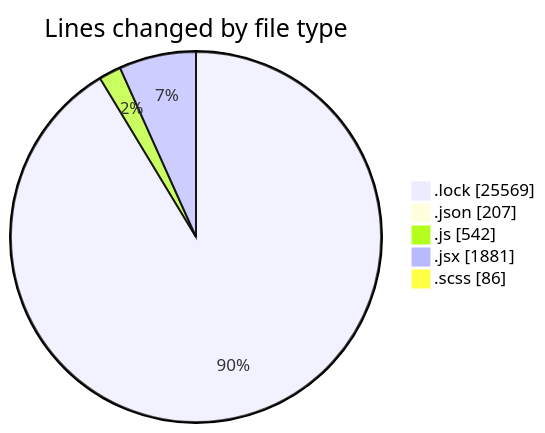
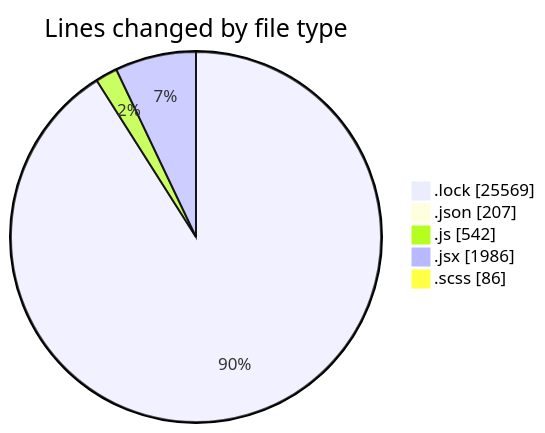
Before and after one commit to momahboobian/code-tracking: the first of 2 diagrams in 2026-01-07/cda/README.md, drawn with Mermaid. The commit also changed other lines of this file and 1 other file, not shown here.

````diff
--- a/2026-01-07/cda/README.md
+++ b/2026-01-07/cda/README.md
@@ -37,9 +38,9 @@
 ```mermaid
 pie showData
 title Lines changed by file type
 ".lock" : 25569
 ".json" : 207
 ".js" : 542
-".jsx" : 1881
+".jsx" : 1986
 ".scss" : 86
 ```
````
